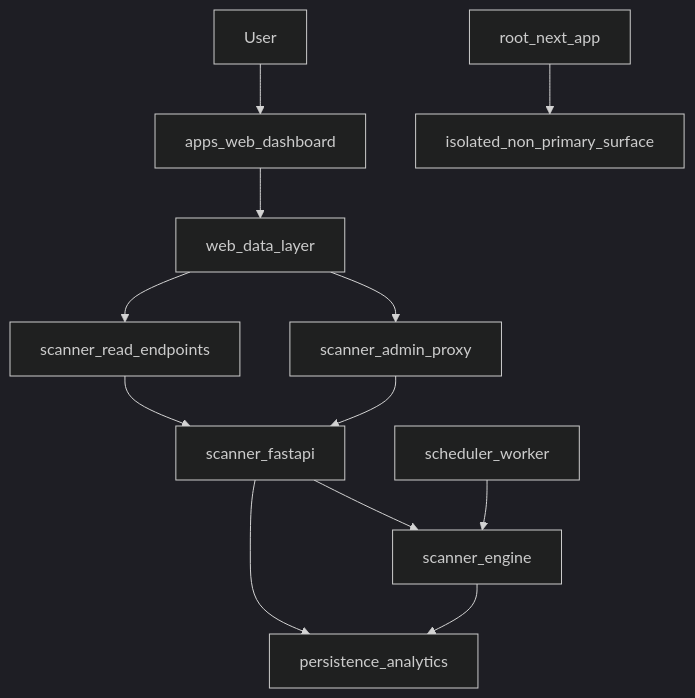
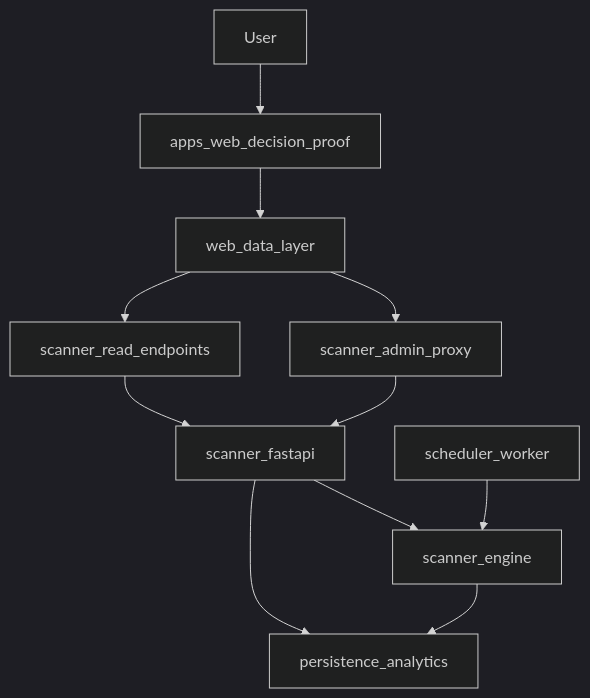
The diagram in README.md (yosefHandero/Market_Mate), drawn with Mermaid (dark theme) before and after one commit. The commit also changed other lines of this file and 258 other files, not shown here.

First line of the commit message:
Complete product-slim Decision/Proof app with evidence campaigns and pilot-gate tooling

````diff
--- a/README.md
+++ b/README.md
@@ -12,14 +12,13 @@
 ```mermaid
 flowchart TD
-    user[User] --> web[apps_web_dashboard]
+    user[User] --> web[apps_web_decision_proof]
     web --> webData[web_data_layer]
     webData --> readApi[scanner_read_endpoints]
-    webData --> journalProxy[scanner_admin_proxy]
+    webData --> adminProxy[scanner_admin_proxy]
     readApi --> api[scanner_fastapi]
-    journalProxy --> api
+    adminProxy --> api
     api --> scanner[scanner_engine]
     api --> persistence[persistence_analytics]
     scheduler[scheduler_worker] --> scanner
     scanner --> persistence
-    rootUi[root_next_app] --> isolated[isolated_non_primary_surface]
 ```
````
